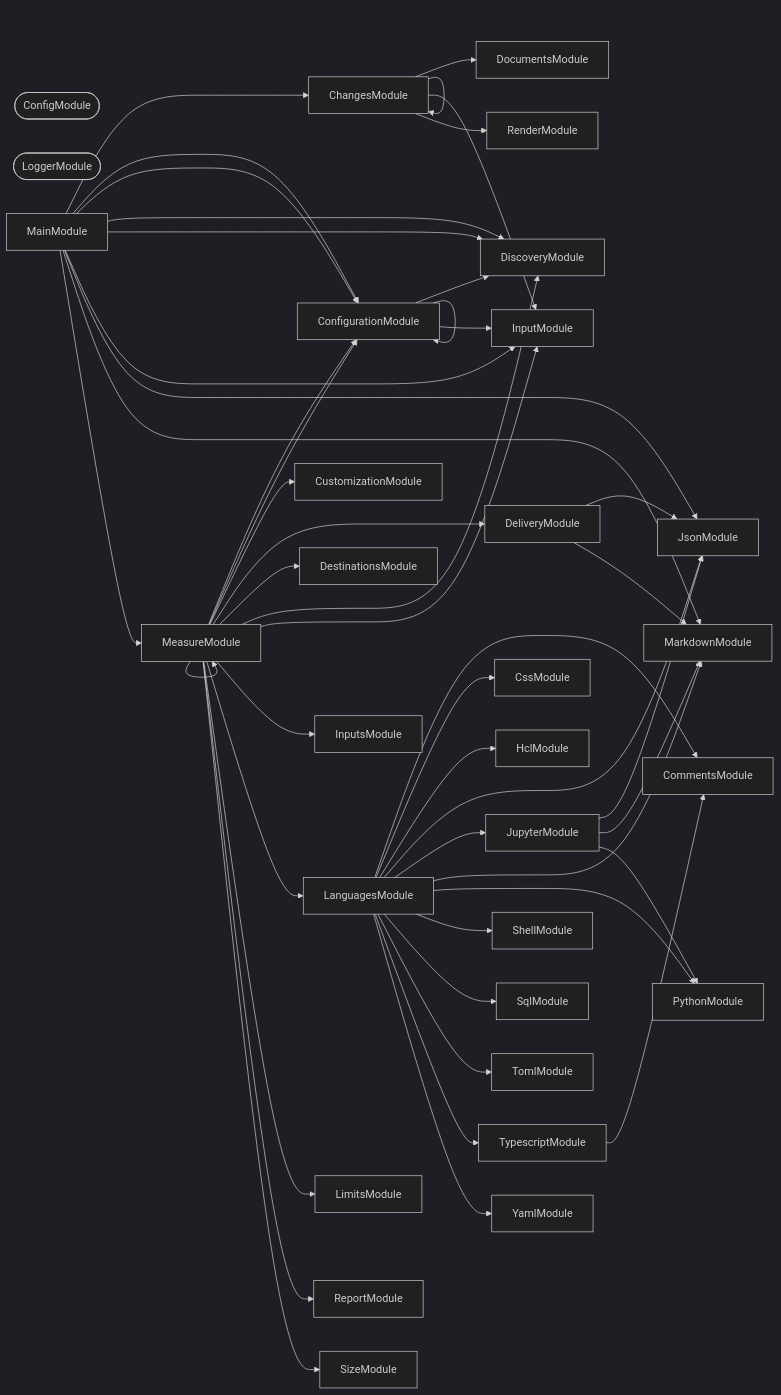
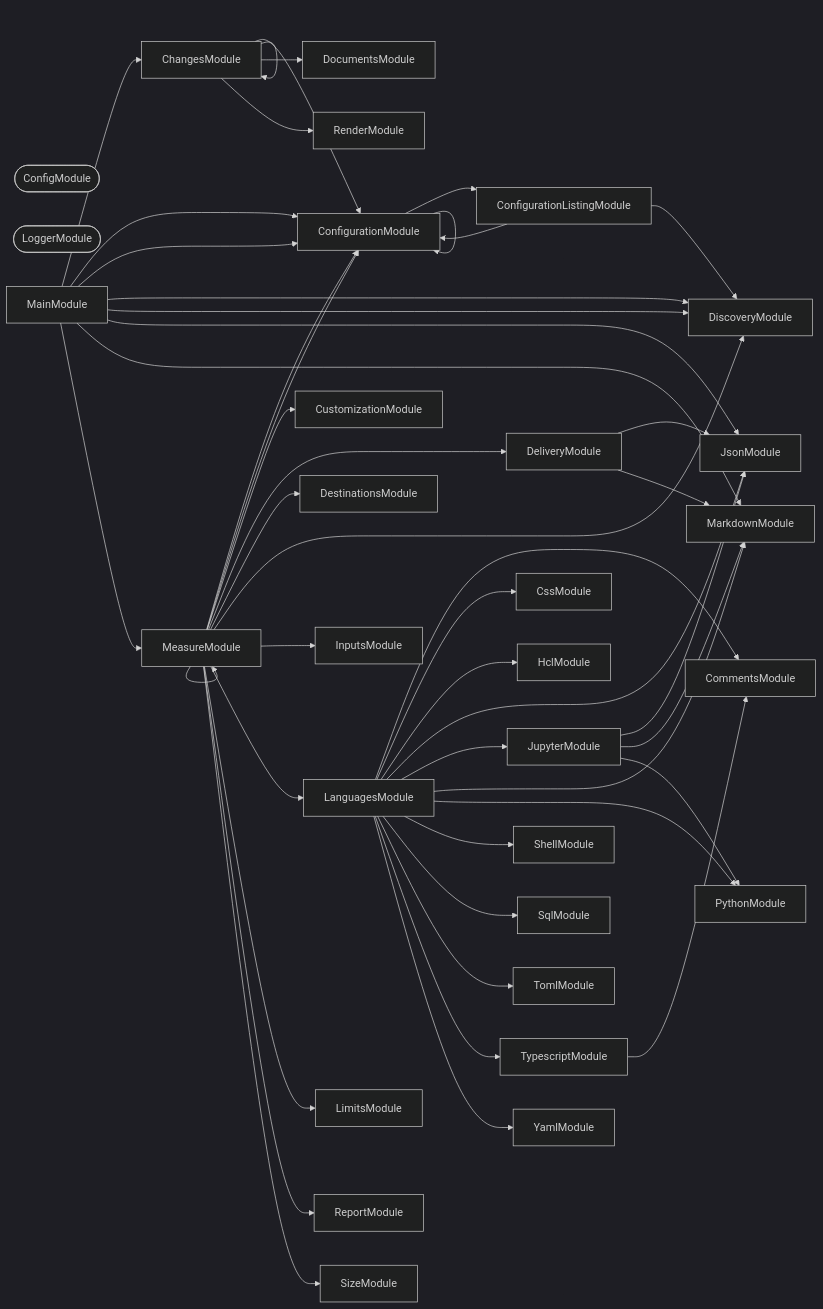
One commit to JimmyPaolini/codebase changed the second of 3 diagrams in packages/ic-suite/codometer/codometer-cli/README.md. Above: the diagram before and after it, drawn with Mermaid (dark theme). The commit also changed other lines of this file and 17 other files, not shown here.

````diff
--- a/packages/ic-suite/codometer/codometer-cli/README.md
+++ b/packages/ic-suite/codometer/codometer-cli/README.md
@@ -886,80 +886,79 @@
 ```mermaid
 flowchart LR
   ChangesModule
   CommentsModule
   ConfigModule([ConfigModule])
+  ConfigurationListingModule
   ConfigurationModule
   CssModule
   CustomizationModule
   DeliveryModule
   DestinationsModule
   DiscoveryModule
   DocumentsModule
   HclModule
-  InputModule
   InputsModule
   JsonModule
   JupyterModule
   LanguagesModule
   LimitsModule
   LoggerModule([LoggerModule])
   MainModule
   MarkdownModule
   MeasureModule
   PythonModule
   RenderModule
   ReportModule
   ShellModule
   SizeModule
   SqlModule
   TomlModule
   TypescriptModule
   YamlModule
   ChangesModule --> ChangesModule
+  ChangesModule --> ConfigurationModule
   ChangesModule --> DocumentsModule
-  ChangesModule --> InputModule
   ChangesModule --> RenderModule
+  ConfigurationListingModule --> ConfigurationModule
+  ConfigurationListingModule --> DiscoveryModule
+  ConfigurationModule --> ConfigurationListingModule
   ConfigurationModule --> ConfigurationModule
-  ConfigurationModule --> DiscoveryModule
-  ConfigurationModule --> InputModule
   DeliveryModule --> JsonModule
   DeliveryModule --> MarkdownModule
   JupyterModule --> JsonModule
   JupyterModule --> MarkdownModule
   JupyterModule --> PythonModule
   LanguagesModule --> CommentsModule
   LanguagesModule --> CssModule
   LanguagesModule --> HclModule
   LanguagesModule --> JsonModule
   LanguagesModule --> JupyterModule
   LanguagesModule --> MarkdownModule
   LanguagesModule --> PythonModule
   LanguagesModule --> ShellModule
   LanguagesModule --> SqlModule
   LanguagesModule --> TomlModule
   LanguagesModule --> TypescriptModule
   LanguagesModule --> YamlModule
   MainModule --> ChangesModule
   MainModule --> ConfigurationModule
   MainModule --> ConfigurationModule
   MainModule --> DiscoveryModule
   MainModule --> DiscoveryModule
-  MainModule --> InputModule
   MainModule --> JsonModule
   MainModule --> MarkdownModule
   MainModule --> MeasureModule
   MeasureModule --> ConfigurationModule
   MeasureModule --> ConfigurationModule
   MeasureModule --> CustomizationModule
   MeasureModule --> DeliveryModule
   MeasureModule --> DestinationsModule
   MeasureModule --> DiscoveryModule
-  MeasureModule --> InputModule
   MeasureModule --> InputsModule
   MeasureModule --> LanguagesModule
   MeasureModule --> LimitsModule
   MeasureModule --> MeasureModule
   MeasureModule --> ReportModule
   MeasureModule --> SizeModule
   TypescriptModule --> CommentsModule
 ```
````
